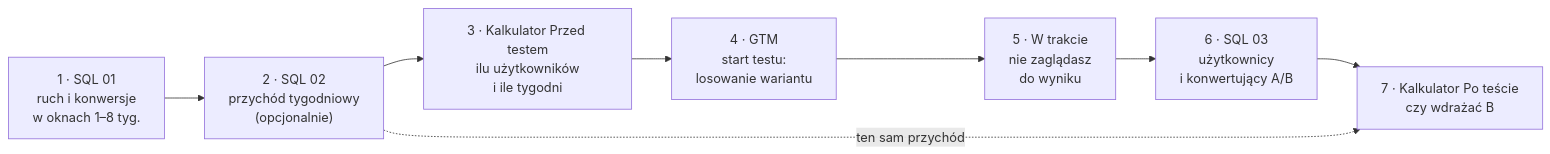
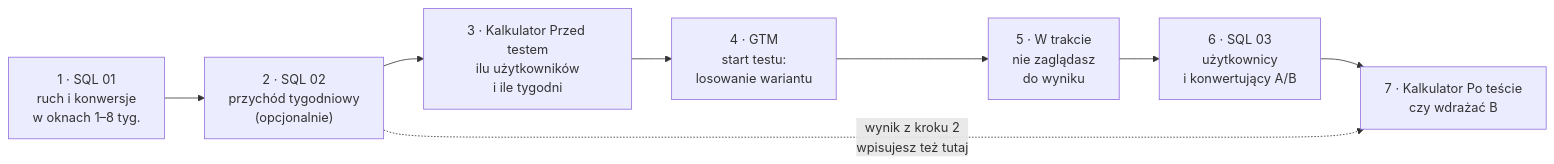
Before and after one commit to pmackowka/ga4-ab-testing-template: the diagram in README.md, drawn with Mermaid. The commit also changed other lines of this file and 1 other file, not shown here.

````diff
--- a/README.md
+++ b/README.md
@@ -20,10 +20,10 @@
 ```mermaid
 flowchart LR
     S1["1 · SQL 01<br/>ruch i konwersje<br/>w oknach 1–8 tyg."] --> S2["2 · SQL 02<br/>przychód tygodniowy<br/>(opcjonalnie)"]
     S2 --> S3["3 · Kalkulator Przed testem<br/>ilu użytkowników<br/>i ile tygodni"]
     S3 --> S4["4 · GTM<br/>start testu:<br/>losowanie wariantu"]
     S4 --> S5["5 · W trakcie<br/>nie zaglądasz<br/>do wyniku"]
     S5 --> S6["6 · SQL 03<br/>użytkownicy<br/>i konwertujący A/B"]
     S6 --> S7["7 · Kalkulator Po teście<br/>czy wdrażać B"]
-    S2 -.->|ten sam przychód| S7
+    S2 -.->|wynik z kroku 2<br/>wpisujesz też tutaj| S7
 ```
````
